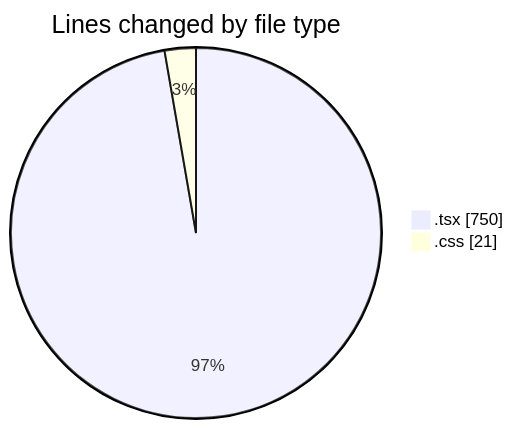
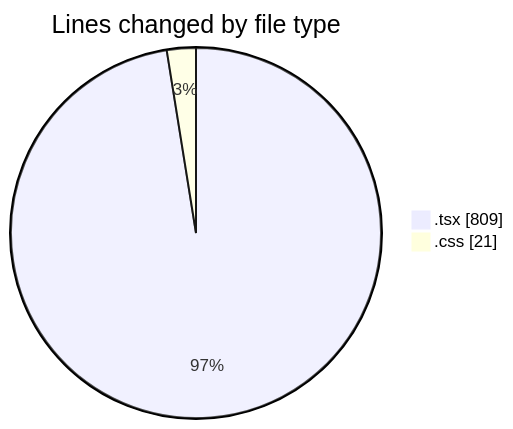
The first of 2 diagrams in 2025-02-07/mbc-web/README.md (robertbonfada/code-tracking), drawn with Mermaid before and after one commit. The commit also changed other lines of this file and 1 other file, not shown here.

````diff
--- a/2025-02-07/mbc-web/README.md
+++ b/2025-02-07/mbc-web/README.md
@@ -28,6 +28,6 @@
 ```mermaid
 pie showData
 title Lines changed by file type
-".tsx" : 750
+".tsx" : 809
 ".css" : 21
 ```
````
